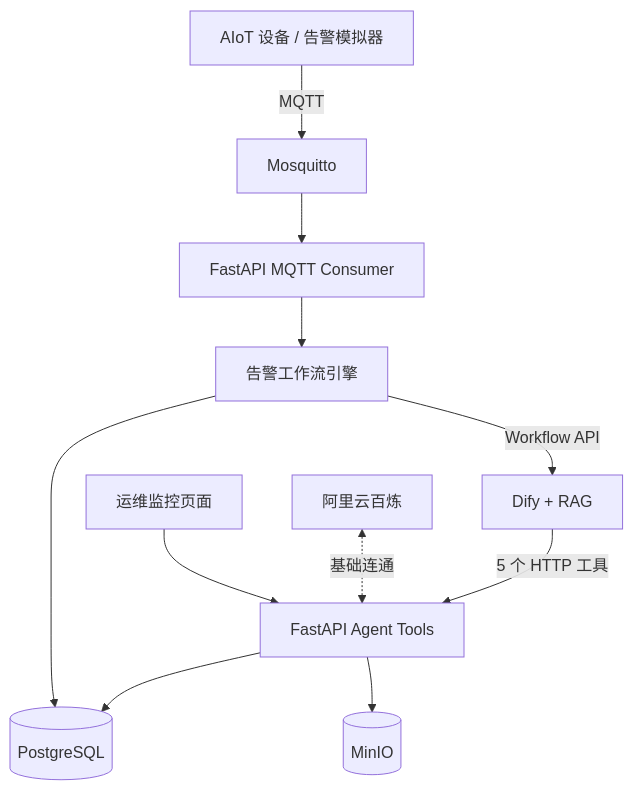
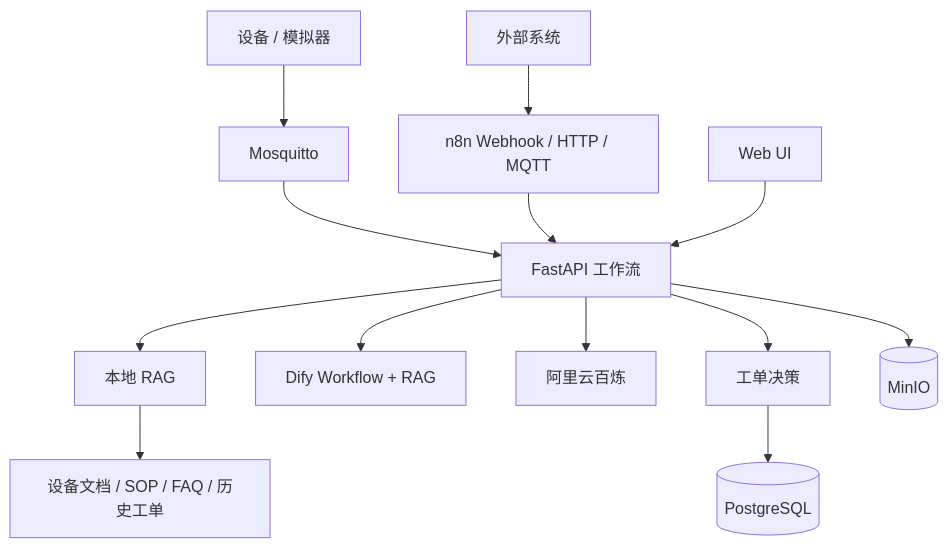
Before and after one commit to 209044528/Kita-AIoT: the diagram in README.md, drawn with Mermaid. The commit also changed other lines of this file and 35 other files, not shown here.

Commit message:
feat: implement knowledge management API, Dify/Bailian platform service integration, and MQTT-based alarm automation workflows

````diff
--- a/README.md
+++ b/README.md
@@ -24,13 +22,17 @@
 ```mermaid
 flowchart TB
-    Device["AIoT 设备 / 告警模拟器"] -->|"MQTT"| Broker["Mosquitto"]
-    Broker --> Consumer["FastAPI MQTT Consumer"]
-    Consumer --> Workflow["告警工作流引擎"]
-    Workflow -->|"Workflow API"| Dify["Dify + RAG"]
-    Dify -->|"5 个 HTTP 工具"| API["FastAPI Agent Tools"]
-    Bailian["阿里云百炼"] <-. "基础连通" .-> API
-    Web["运维监控页面"] --> API
-    API --> PostgreSQL[("PostgreSQL")]
-    Workflow --> PostgreSQL
+    Device["设备 / 模拟器"] --> MQTT["Mosquitto"]
+    External["外部系统"] --> N8N["n8n Webhook / HTTP / MQTT"]
+    MQTT --> API["FastAPI 工作流"]
+    N8N --> API
+    UI["Web UI"] --> API
+
+    API --> RAG["本地 RAG"]
+    RAG --> KB["设备文档 / SOP / FAQ / 历史工单"]
+    API --> Dify["Dify Workflow + RAG"]
+    API --> Bailian["阿里云百炼"]
+    API --> Rules["工单决策"]
+
+    Rules --> PostgreSQL[("PostgreSQL")]
     API --> MinIO[("MinIO")]
 ```
````
